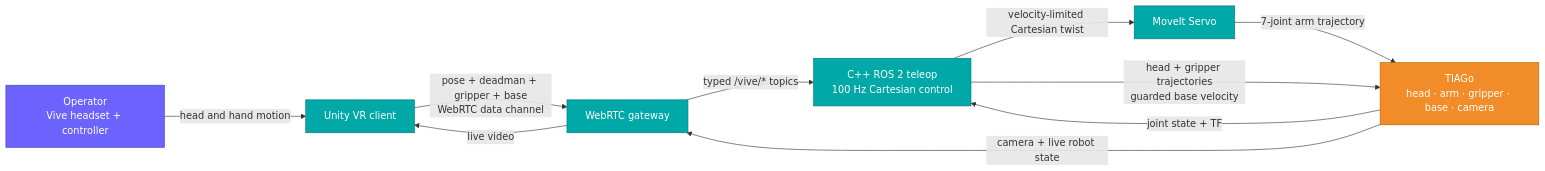
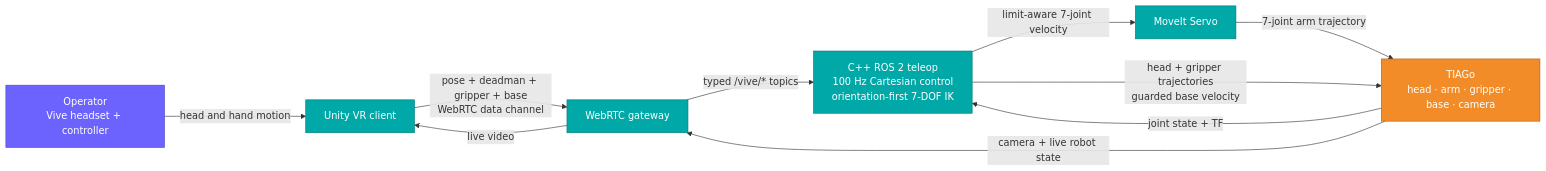
One commit to ichores-research/vive_teleop changed the first of 2 diagrams in README.md. Above: the diagram before and after it, drawn with Mermaid. The commit also changed other lines of this file and 27 other files, not shown here.

````diff
--- a/README.md
+++ b/README.md
@@ -62,26 +62,26 @@
 ```mermaid
 flowchart LR
     O["Operator<br/>Vive headset + controller"]
     U["Unity VR client"]
     W["WebRTC gateway"]
-    T["C++ ROS 2 teleop<br/>100 Hz Cartesian control"]
+    T["C++ ROS 2 teleop<br/>100 Hz Cartesian control<br/>orientation-first 7-DOF IK"]
     S["MoveIt Servo"]
     R["TIAGo<br/>head · arm · gripper · base · camera"]
 
     O -->|head and hand motion| U
     U -->|pose + deadman + gripper + base<br/>WebRTC data channel| W
     W -->|typed /vive/* topics| T
-    T -->|velocity-limited Cartesian twist| S
+    T -->|limit-aware 7-joint velocity| S
     T -->|head + gripper trajectories<br/>guarded base velocity| R
     S -->|7-joint arm trajectory| R
     R -->|camera + live robot state| W
     R -->|joint state + TF| T
     W -->|live video| U
 
     classDef human fill:#6C63FF,color:#fff,stroke:#4B44C4
     classDef client fill:#00A8A8,color:#fff,stroke:#007878
     classDef robot fill:#F28C28,color:#fff,stroke:#B85E00
     class O human
     class U,W,T,S client
     class R robot
 ```
````
